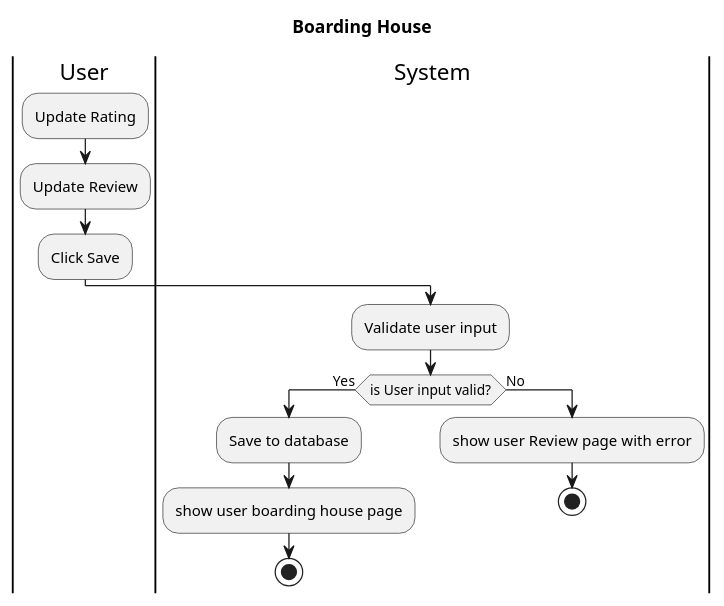
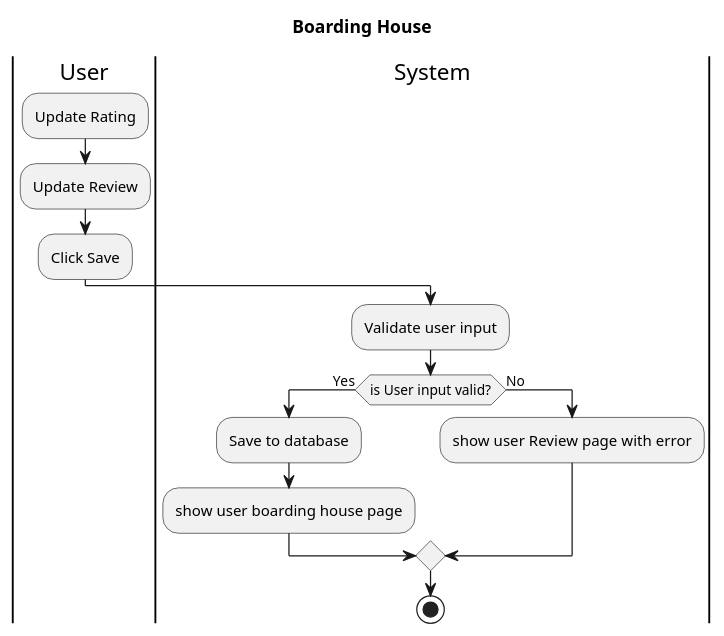
Before and after one commit to AntWort21/BHFMS: the diagram in Design/BHFMS_ACTIVITY/Update Review.puml, drawn with PlantUML. The commit also changed 1 other file, not shown here.

Commit message:
update 'update review' activity diagram, banned user checker at login

```diff
--- a/Design/BHFMS_ACTIVITY/Update Review.puml
+++ b/Design/BHFMS_ACTIVITY/Update Review.puml
@@ -1,17 +1,17 @@
 @startuml
 title Boarding House
 |User|
     :Update Rating;
     :Update Review;
     :Click Save;
     
 |System|
     :Validate user input;
     If (is User input valid?) then (Yes)
         :Save to database;
         :show user boarding house page;
-        stop
     else (No)
         :show user Review page with error;
-        stop
+    endif
+    stop
 @enduml
```
